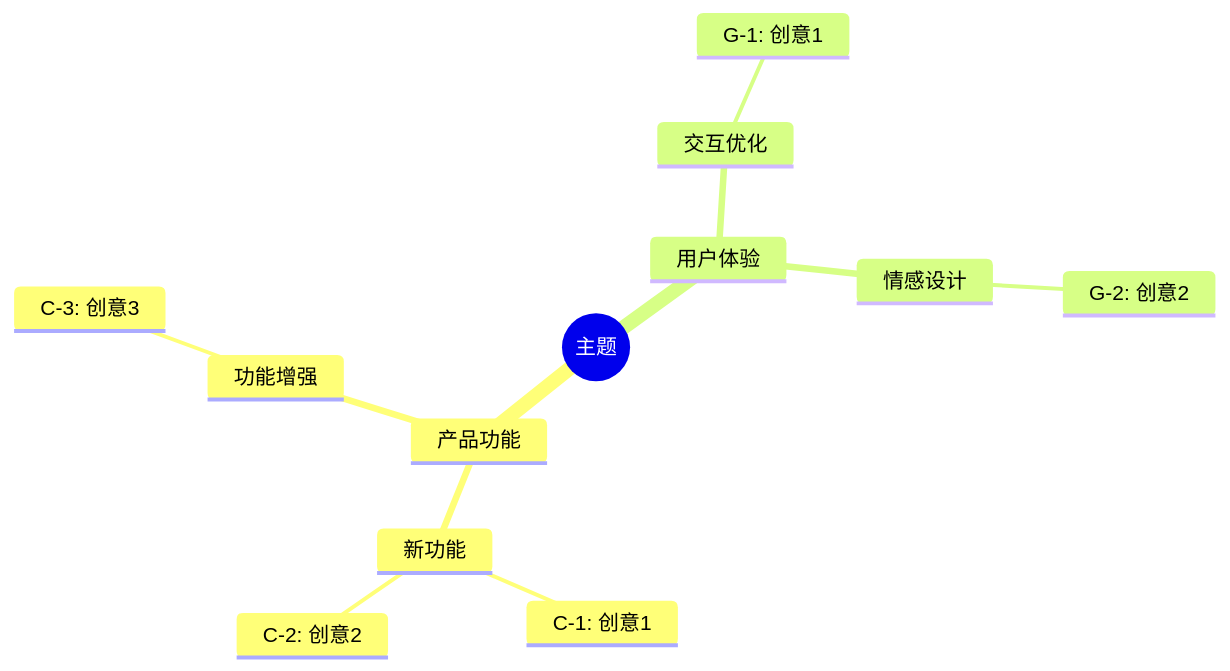
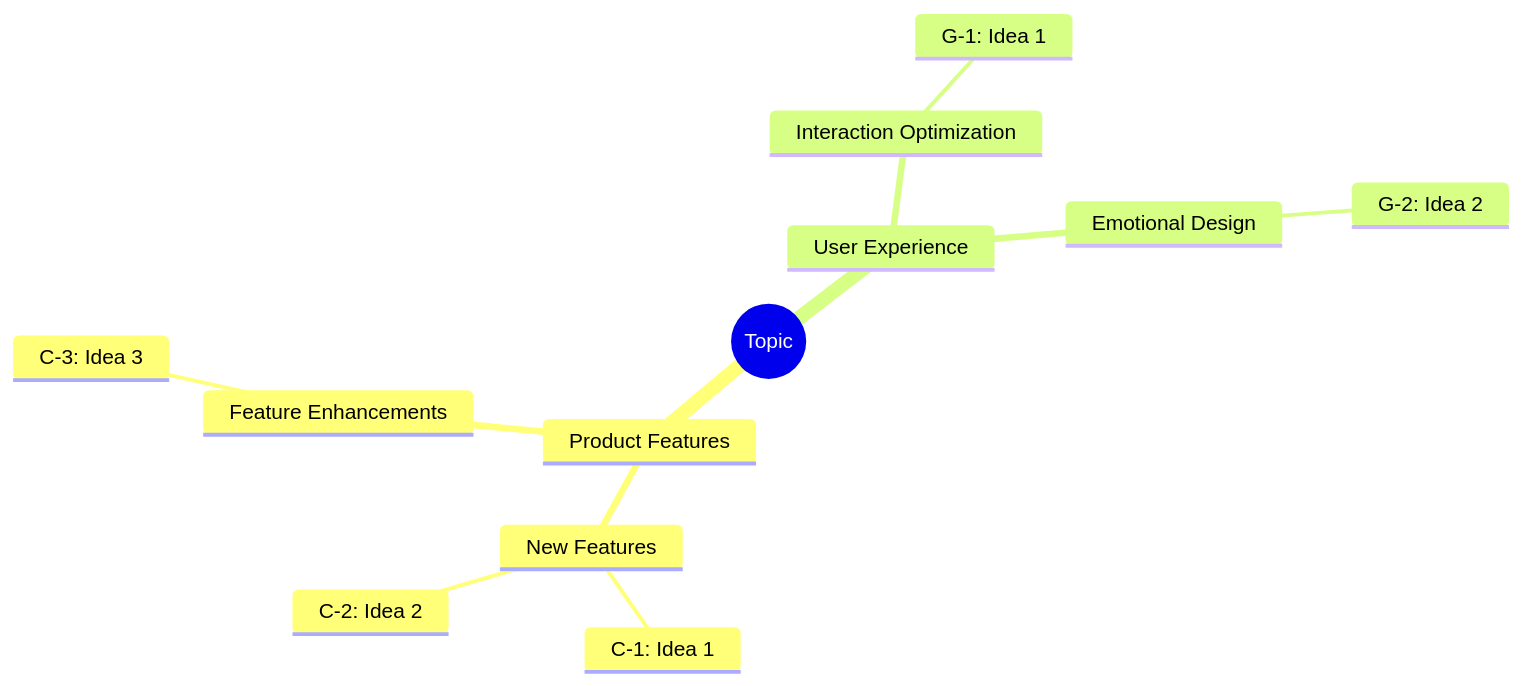
Before and after one commit to zengwenliang416/my-plugins: the third of 10 diagrams in plugins/brainstorm/skills/idea-evaluator/references/mermaid-templates.md, drawn with Mermaid. The commit also changed other lines of this file and 3 other files, not shown here.

````diff
--- a/plugins/brainstorm/skills/idea-evaluator/references/mermaid-templates.md
+++ b/plugins/brainstorm/skills/idea-evaluator/references/mermaid-templates.md
@@ -45,15 +45,15 @@
 ```mermaid
 mindmap
-  root((主题))
-    产品功能
-      新功能
-        C-1: 创意1
-        C-2: 创意2
-      功能增强
-        C-3: 创意3
-    用户体验
-      交互优化
-        G-1: 创意1
-      情感设计
-        G-2: 创意2
+  root((Topic))
+    Product Features
+      New Features
+        C-1: Idea 1
+        C-2: Idea 2
+      Feature Enhancements
+        C-3: Idea 3
+    User Experience
+      Interaction Optimization
+        G-1: Idea 1
+      Emotional Design
+        G-2: Idea 2
 ```
````
